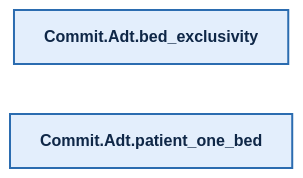
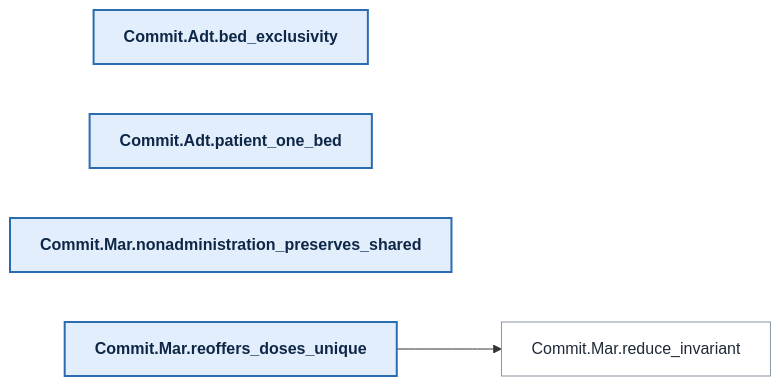
The ninth of 11 diagrams in README.md (saithat/VGI-Health), drawn with Mermaid before and after one commit. The commit also changed other lines of this file and 22 other files, not shown here.

````diff
--- a/README.md
+++ b/README.md
@@ -1518,8 +1518,12 @@
 ```mermaid
 flowchart LR
   n0["Commit.Adt.bed_exclusivity"]:::head
   n1["Commit.Adt.patient_one_bed"]:::head
+  n2["Commit.Mar.nonadministration_preserves_shared"]:::head
+  n3["Commit.Mar.reoffers_doses_unique"]:::head
+  n4["Commit.Mar.reduce_invariant"]:::lemma
+  n3 --> n4
   classDef head fill:#e3eefc,stroke:#2b6cb0,stroke-width:2px,color:#0f2747,font-weight:bold
   classDef lemma fill:#ffffff,stroke:#8a94a6,color:#1f2937
   classDef other fill:#f4f4f5,stroke:#a1a1aa,stroke-dasharray:4 3,color:#3f3f46
 ```
````
